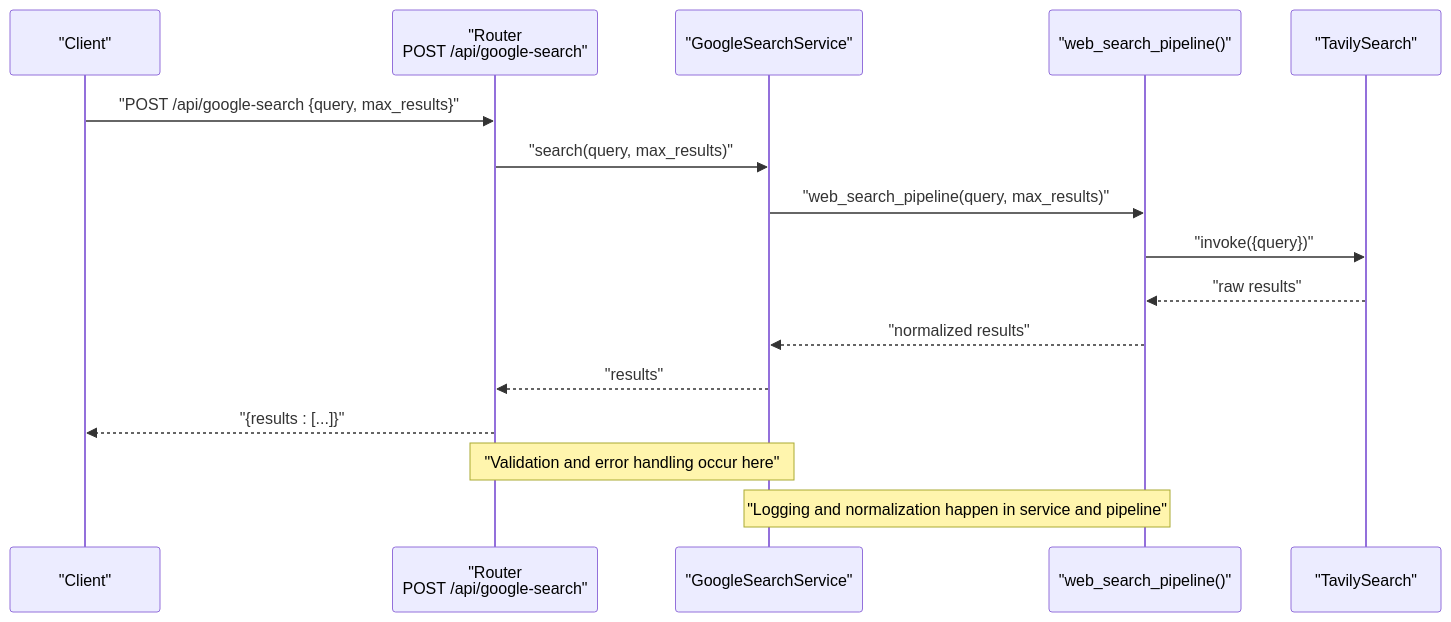
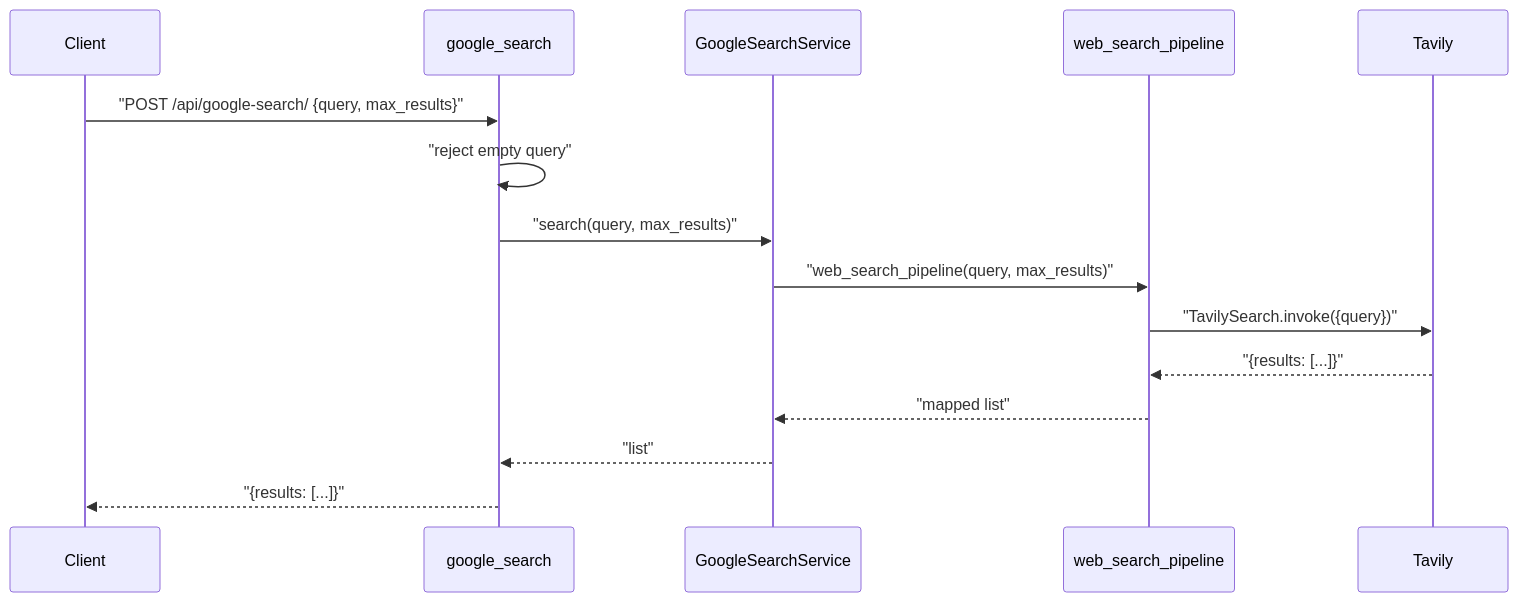
One commit to tashifkhan/tashif.codes changed the second of 5 diagrams in src/data/docs/agentic-browser/API Server/Search Integration API.md. Above: the diagram before and after it, drawn with Mermaid. The commit also changed other lines of this file and 114 other files, not shown here.

````diff
--- a/src/data/docs/agentic-browser/API Server/Search Integration API.md
+++ b/src/data/docs/agentic-browser/API Server/Search Integration API.md
@@ -34,18 +55,17 @@
 ```mermaid
 sequenceDiagram
-participant C as "Client"
-participant R as "Router<br/>POST /api/google-search"
-participant S as "GoogleSearchService"
-participant P as "web_search_pipeline()"
-participant T as "TavilySearch"
-C->>R : "POST /api/google-search {query, max_results}"
-R->>S : "search(query, max_results)"
-S->>P : "web_search_pipeline(query, max_results)"
-P->>T : "invoke({query})"
-T-->>P : "raw results"
-P-->>S : "normalized results"
-S-->>R : "results"
-R-->>C : "{results : [...]}"
-Note over R,S : "Validation and error handling occur here"
-Note over S,P : "Logging and normalization happen in service and pipeline"
+  participant C as Client
+  participant R as google_search
+  participant S as GoogleSearchService
+  participant P as web_search_pipeline
+  participant T as Tavily
+  C->>R: "POST /api/google-search/ {query, max_results}"
+  R->>R: "reject empty query"
+  R->>S: "search(query, max_results)"
+  S->>P: "web_search_pipeline(query, max_results)"
+  P->>T: "TavilySearch.invoke({query})"
+  T-->>P: "{results: [...]}"
+  P-->>S: "mapped list"
+  S-->>R: "list"
+  R-->>C: "{results: [...]}"
 ```
````
